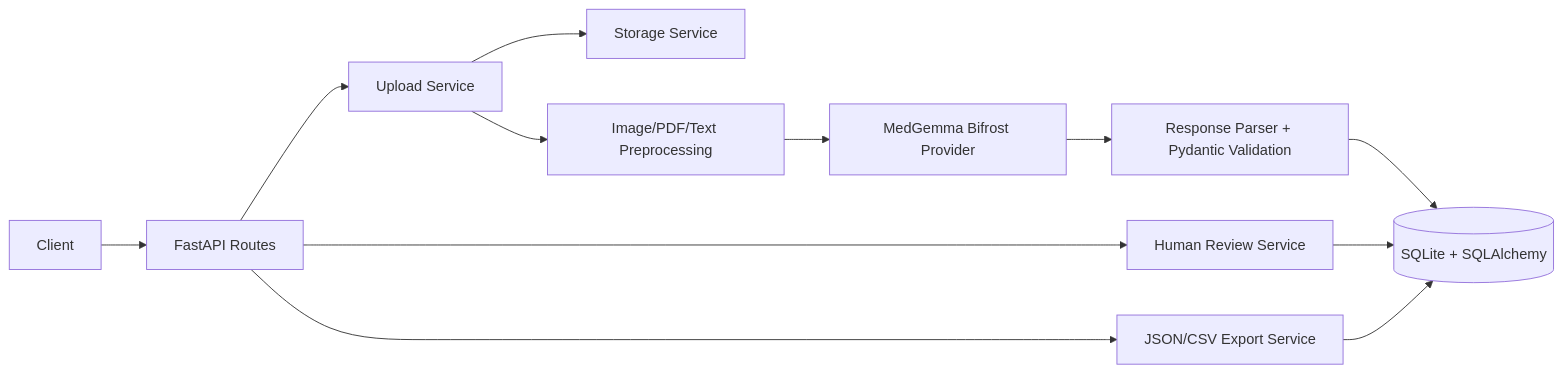
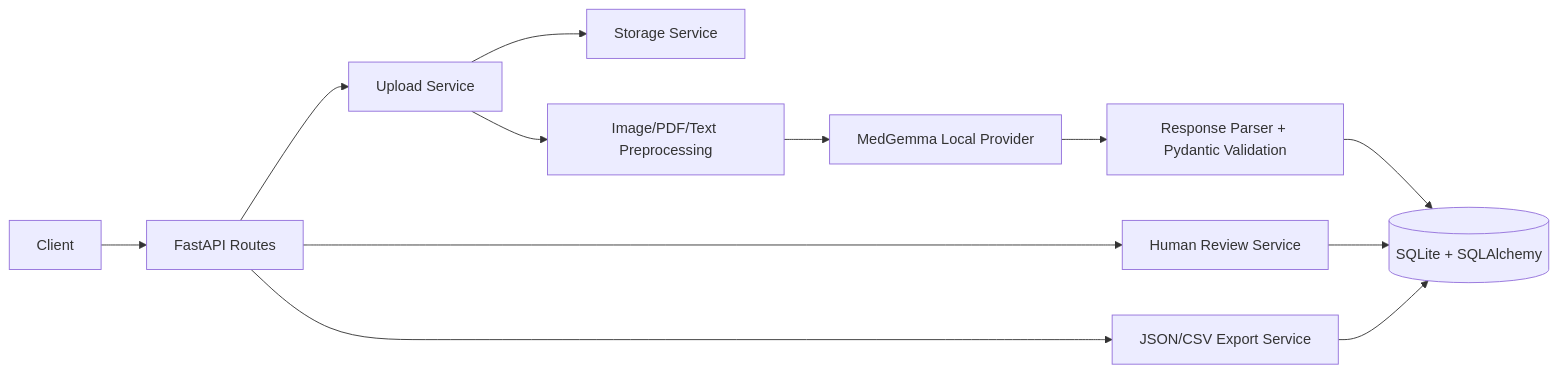
The diagram in backend/README.md (2662Debashis008/medical-document-review), drawn with Mermaid before and after one commit. The commit also changed other lines of this file and 7 other files, not shown here.

Commit message:
Locally MedGemma installed

````diff
--- a/backend/README.md
+++ b/backend/README.md
@@ -42,14 +42,14 @@
 ```mermaid
 flowchart LR
     Client --> API[FastAPI Routes]
     API --> Upload[Upload Service]
     Upload --> Storage[Storage Service]
     Upload --> Preprocess[Image/PDF/Text Preprocessing]
-    Preprocess --> MedGemma[MedGemma Bifrost Provider]
+    Preprocess --> MedGemma[MedGemma Local Provider]
     MedGemma --> Parser[Response Parser + Pydantic Validation]
     Parser --> DB[(SQLite + SQLAlchemy)]
     API --> Review[Human Review Service]
     Review --> DB
     API --> Export[JSON/CSV Export Service]
     Export --> DB
 ```
````
